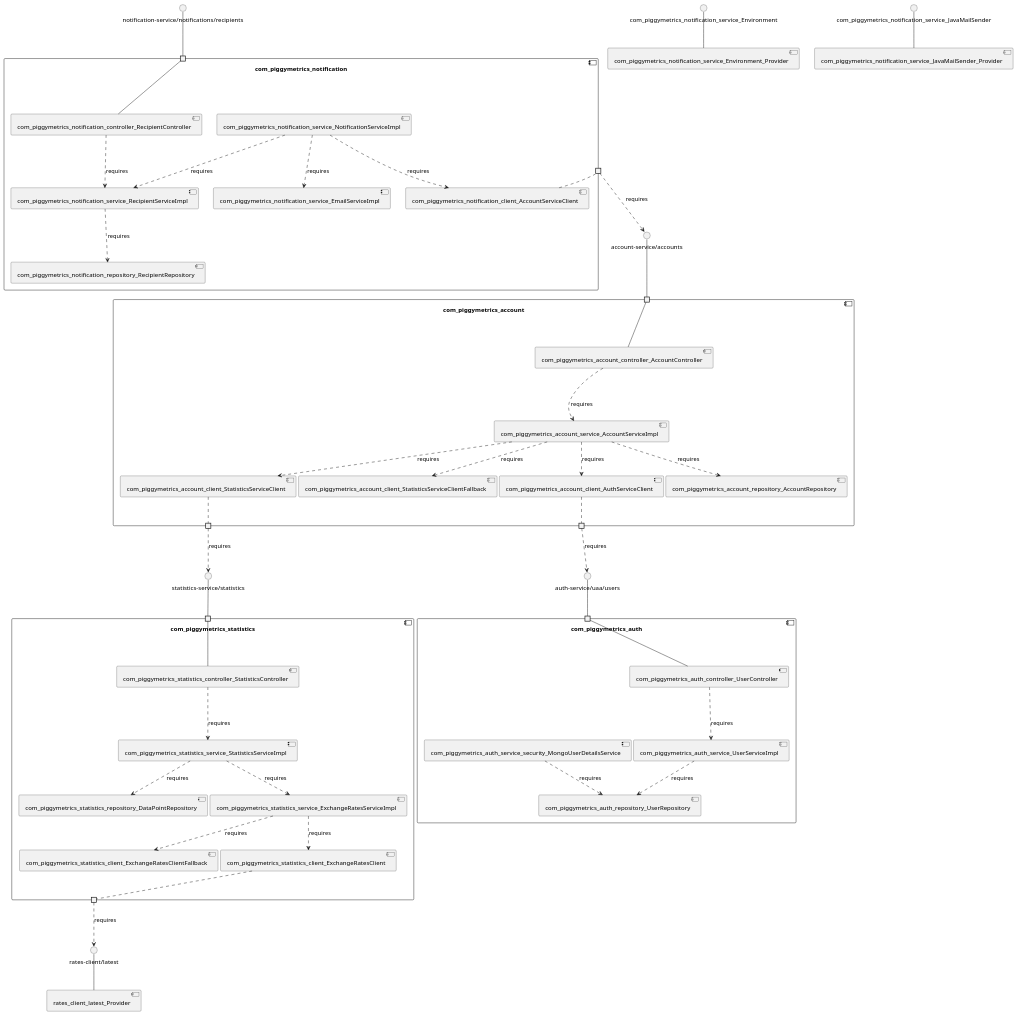
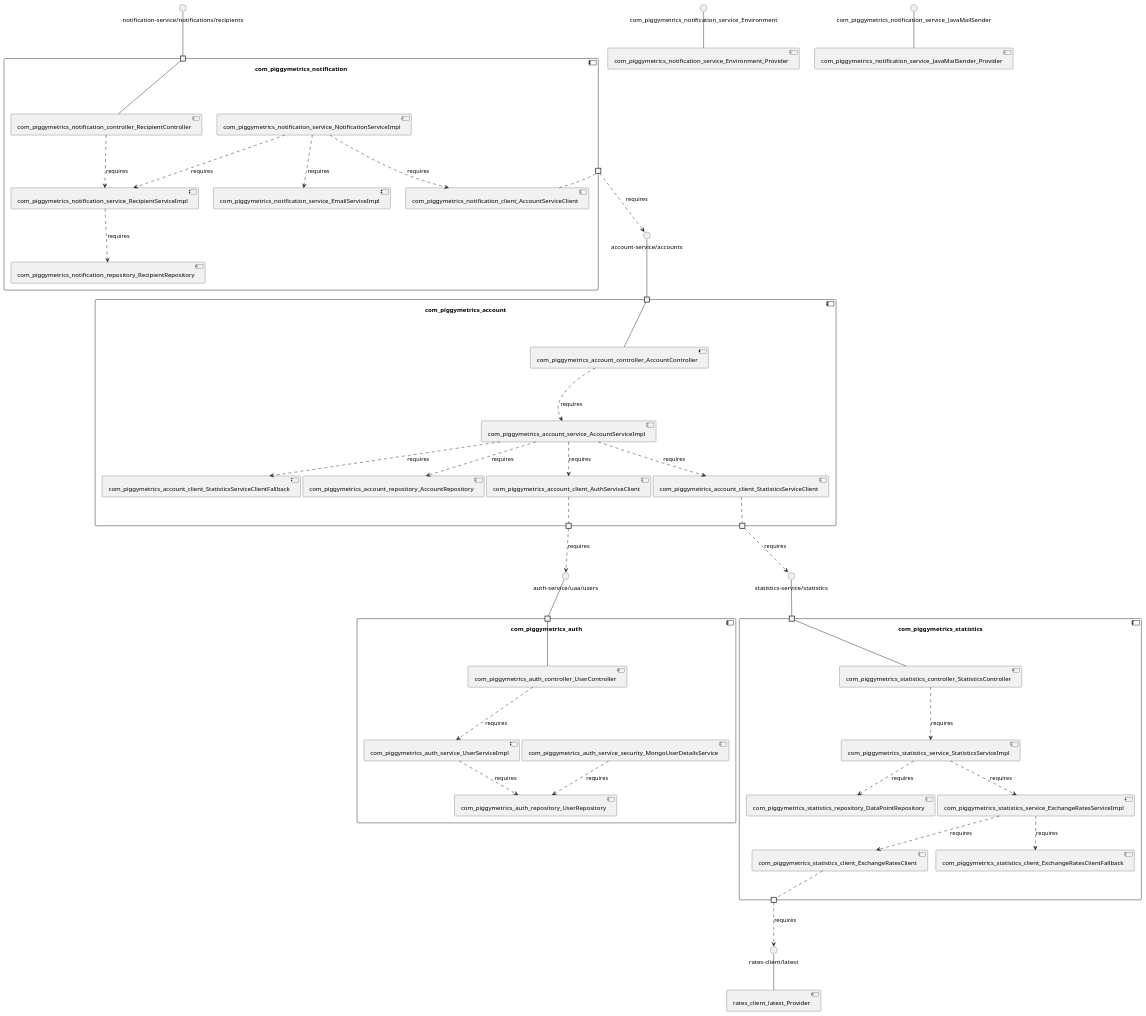
One commit to MSt-10/Palladio-ReverseEngineering-Benchmark changed the diagram in sqshq-piggymetrics/model_re/uml/componentDiagram.puml. Above: the diagram before and after it, drawn with PlantUML. The commit also changed other lines of this file and 262 other files, not shown here.

```diff
--- a/sqshq-piggymetrics/model_re/uml/componentDiagram.puml
+++ b/sqshq-piggymetrics/model_re/uml/componentDiagram.puml
@@ -1,91 +1,91 @@
 @startuml
 skinparam fixCircleLabelOverlapping true
 skinparam componentStyle uml2
 component "com_piggymetrics_account\n\n\n\n\n\n" {
+[com_piggymetrics_account_client_AuthServiceClient]
 [com_piggymetrics_account_controller_AccountController]
+[com_piggymetrics_account_client_StatisticsServiceClient]
+[com_piggymetrics_account_client_StatisticsServiceClientFallback]
+[com_piggymetrics_account_service_AccountServiceImpl]
 [com_piggymetrics_account_repository_AccountRepository]
-[com_piggymetrics_account_service_AccountServiceImpl]
-[com_piggymetrics_account_client_AuthServiceClient]
-[com_piggymetrics_account_client_StatisticsServiceClientFallback]
-[com_piggymetrics_account_client_StatisticsServiceClient]
 portin " " as com_piggymetrics_account_requires_account_service_accounts
+portout " " as com_piggymetrics_account_provides_auth_service_uaa_users
 portout " " as com_piggymetrics_account_provides_statistics_service_statistics
-portout " " as com_piggymetrics_account_provides_auth_service_uaa_users
+[com_piggymetrics_account_service_AccountServiceImpl]..>[com_piggymetrics_account_repository_AccountRepository] : requires
+[com_piggymetrics_account_service_AccountServiceImpl]..>[com_piggymetrics_account_client_StatisticsServiceClientFallback] : requires
 [com_piggymetrics_account_controller_AccountController]..>[com_piggymetrics_account_service_AccountServiceImpl] : requires
-[com_piggymetrics_account_service_AccountServiceImpl]..>[com_piggymetrics_account_client_StatisticsServiceClientFallback] : requires
-[com_piggymetrics_account_service_AccountServiceImpl]..>[com_piggymetrics_account_repository_AccountRepository] : requires
+[com_piggymetrics_account_service_AccountServiceImpl]..>[com_piggymetrics_account_client_AuthServiceClient] : requires
 [com_piggymetrics_account_service_AccountServiceImpl]..>[com_piggymetrics_account_client_StatisticsServiceClient] : requires
-[com_piggymetrics_account_service_AccountServiceImpl]..>[com_piggymetrics_account_client_AuthServiceClient] : requires
 "com_piggymetrics_account_requires_account_service_accounts"--[com_piggymetrics_account_controller_AccountController]
+[com_piggymetrics_account_client_AuthServiceClient].."com_piggymetrics_account_provides_auth_service_uaa_users"
 [com_piggymetrics_account_client_StatisticsServiceClient].."com_piggymetrics_account_provides_statistics_service_statistics"
-[com_piggymetrics_account_client_AuthServiceClient].."com_piggymetrics_account_provides_auth_service_uaa_users"
 }
 interface "account-service/accounts" as interface.account_service_accounts
 interface.account_service_accounts--"com_piggymetrics_account_requires_account_service_accounts"
 interface "auth-service/uaa/users" as interface.auth_service_uaa_users
 "com_piggymetrics_account_provides_auth_service_uaa_users"..>interface.auth_service_uaa_users : requires
 interface "statistics-service/statistics" as interface.statistics_service_statistics
 "com_piggymetrics_account_provides_statistics_service_statistics"..>interface.statistics_service_statistics : requires
 component "com_piggymetrics_auth\n\n\n\n\n\n" {
-[com_piggymetrics_auth_service_security_MongoUserDetailsService]
 [com_piggymetrics_auth_repository_UserRepository]
 [com_piggymetrics_auth_service_UserServiceImpl]
+[com_piggymetrics_auth_service_security_MongoUserDetailsService]
 [com_piggymetrics_auth_controller_UserController]
 portin " " as com_piggymetrics_auth_requires_auth_service_uaa_users
+[com_piggymetrics_auth_service_UserServiceImpl]..>[com_piggymetrics_auth_repository_UserRepository] : requires
 [com_piggymetrics_auth_service_security_MongoUserDetailsService]..>[com_piggymetrics_auth_repository_UserRepository] : requires
 [com_piggymetrics_auth_controller_UserController]..>[com_piggymetrics_auth_service_UserServiceImpl] : requires
-[com_piggymetrics_auth_service_UserServiceImpl]..>[com_piggymetrics_auth_repository_UserRepository] : requires
 "com_piggymetrics_auth_requires_auth_service_uaa_users"--[com_piggymetrics_auth_controller_UserController]
 }
 interface "auth-service/uaa/users" as interface.auth_service_uaa_users
 interface.auth_service_uaa_users--"com_piggymetrics_auth_requires_auth_service_uaa_users"
 component "com_piggymetrics_notification\n\n\n\n\n\n" {
-[com_piggymetrics_notification_client_AccountServiceClient]
-[com_piggymetrics_notification_controller_RecipientController]
-[com_piggymetrics_notification_service_EmailServiceImpl]
-[com_piggymetrics_notification_service_NotificationServiceImpl]
 [com_piggymetrics_notification_service_RecipientServiceImpl]
 [com_piggymetrics_notification_repository_RecipientRepository]
+[com_piggymetrics_notification_client_AccountServiceClient]
+[com_piggymetrics_notification_service_NotificationServiceImpl]
+[com_piggymetrics_notification_service_EmailServiceImpl]
+[com_piggymetrics_notification_controller_RecipientController]
 portin " " as com_piggymetrics_notification_requires_notification_service_notifications_recipients
 portout " " as com_piggymetrics_notification_provides_account_service_accounts
 [com_piggymetrics_notification_service_NotificationServiceImpl]..>[com_piggymetrics_notification_service_RecipientServiceImpl] : requires
+[com_piggymetrics_notification_service_NotificationServiceImpl]..>[com_piggymetrics_notification_client_AccountServiceClient] : requires
+[com_piggymetrics_notification_controller_RecipientController]..>[com_piggymetrics_notification_service_RecipientServiceImpl] : requires
 [com_piggymetrics_notification_service_RecipientServiceImpl]..>[com_piggymetrics_notification_repository_RecipientRepository] : requires
 [com_piggymetrics_notification_service_NotificationServiceImpl]..>[com_piggymetrics_notification_service_EmailServiceImpl] : requires
-[com_piggymetrics_notification_controller_RecipientController]..>[com_piggymetrics_notification_service_RecipientServiceImpl] : requires
-[com_piggymetrics_notification_service_NotificationServiceImpl]..>[com_piggymetrics_notification_client_AccountServiceClient] : requires
 "com_piggymetrics_notification_requires_notification_service_notifications_recipients"--[com_piggymetrics_notification_controller_RecipientController]
 [com_piggymetrics_notification_client_AccountServiceClient].."com_piggymetrics_notification_provides_account_service_accounts"
 }
 interface "notification-service/notifications/recipients" as interface.notification_service_notifications_recipients
 interface.notification_service_notifications_recipients--"com_piggymetrics_notification_requires_notification_service_notifications_recipients"
 interface "account-service/accounts" as interface.account_service_accounts
 "com_piggymetrics_notification_provides_account_service_accounts"..>interface.account_service_accounts : requires
 component "com_piggymetrics_statistics\n\n\n\n\n\n" {
+[com_piggymetrics_statistics_controller_StatisticsController]
+[com_piggymetrics_statistics_repository_DataPointRepository]
+[com_piggymetrics_statistics_service_ExchangeRatesServiceImpl]
 [com_piggymetrics_statistics_service_StatisticsServiceImpl]
-[com_piggymetrics_statistics_service_ExchangeRatesServiceImpl]
 [com_piggymetrics_statistics_client_ExchangeRatesClient]
 [com_piggymetrics_statistics_client_ExchangeRatesClientFallback]
-[com_piggymetrics_statistics_controller_StatisticsController]
-[com_piggymetrics_statistics_repository_DataPointRepository]
 portin " " as com_piggymetrics_statistics_requires_statistics_service_statistics
 portout " " as com_piggymetrics_statistics_provides_rates_client_latest
+[com_piggymetrics_statistics_service_StatisticsServiceImpl]..>[com_piggymetrics_statistics_repository_DataPointRepository] : requires
+[com_piggymetrics_statistics_controller_StatisticsController]..>[com_piggymetrics_statistics_service_StatisticsServiceImpl] : requires
+[com_piggymetrics_statistics_service_ExchangeRatesServiceImpl]..>[com_piggymetrics_statistics_client_ExchangeRatesClient] : requires
 [com_piggymetrics_statistics_service_StatisticsServiceImpl]..>[com_piggymetrics_statistics_service_ExchangeRatesServiceImpl] : requires
-[com_piggymetrics_statistics_service_StatisticsServiceImpl]..>[com_piggymetrics_statistics_repository_DataPointRepository] : requires
-[com_piggymetrics_statistics_service_ExchangeRatesServiceImpl]..>[com_piggymetrics_statistics_client_ExchangeRatesClient] : requires
 [com_piggymetrics_statistics_service_ExchangeRatesServiceImpl]..>[com_piggymetrics_statistics_client_ExchangeRatesClientFallback] : requires
-[com_piggymetrics_statistics_controller_StatisticsController]..>[com_piggymetrics_statistics_service_StatisticsServiceImpl] : requires
 "com_piggymetrics_statistics_requires_statistics_service_statistics"--[com_piggymetrics_statistics_controller_StatisticsController]
 [com_piggymetrics_statistics_client_ExchangeRatesClient].."com_piggymetrics_statistics_provides_rates_client_latest"
 }
 interface "statistics-service/statistics" as interface.statistics_service_statistics
 interface.statistics_service_statistics--"com_piggymetrics_statistics_requires_statistics_service_statistics"
 interface "rates-client/latest" as interface.rates_client_latest
 "com_piggymetrics_statistics_provides_rates_client_latest"..>interface.rates_client_latest : requires
 interface "com_piggymetrics_notification_service_Environment" as interface.com_piggymetrics_notification_service_Environment
 interface.com_piggymetrics_notification_service_Environment--[com_piggymetrics_notification_service_Environment_Provider]
 interface "com_piggymetrics_notification_service_JavaMailSender" as interface.com_piggymetrics_notification_service_JavaMailSender
 interface.com_piggymetrics_notification_service_JavaMailSender--[com_piggymetrics_notification_service_JavaMailSender_Provider]
 interface "rates-client/latest" as interface.rates_client_latest
 interface.rates_client_latest--[rates_client_latest_Provider]
 
 @enduml
```
